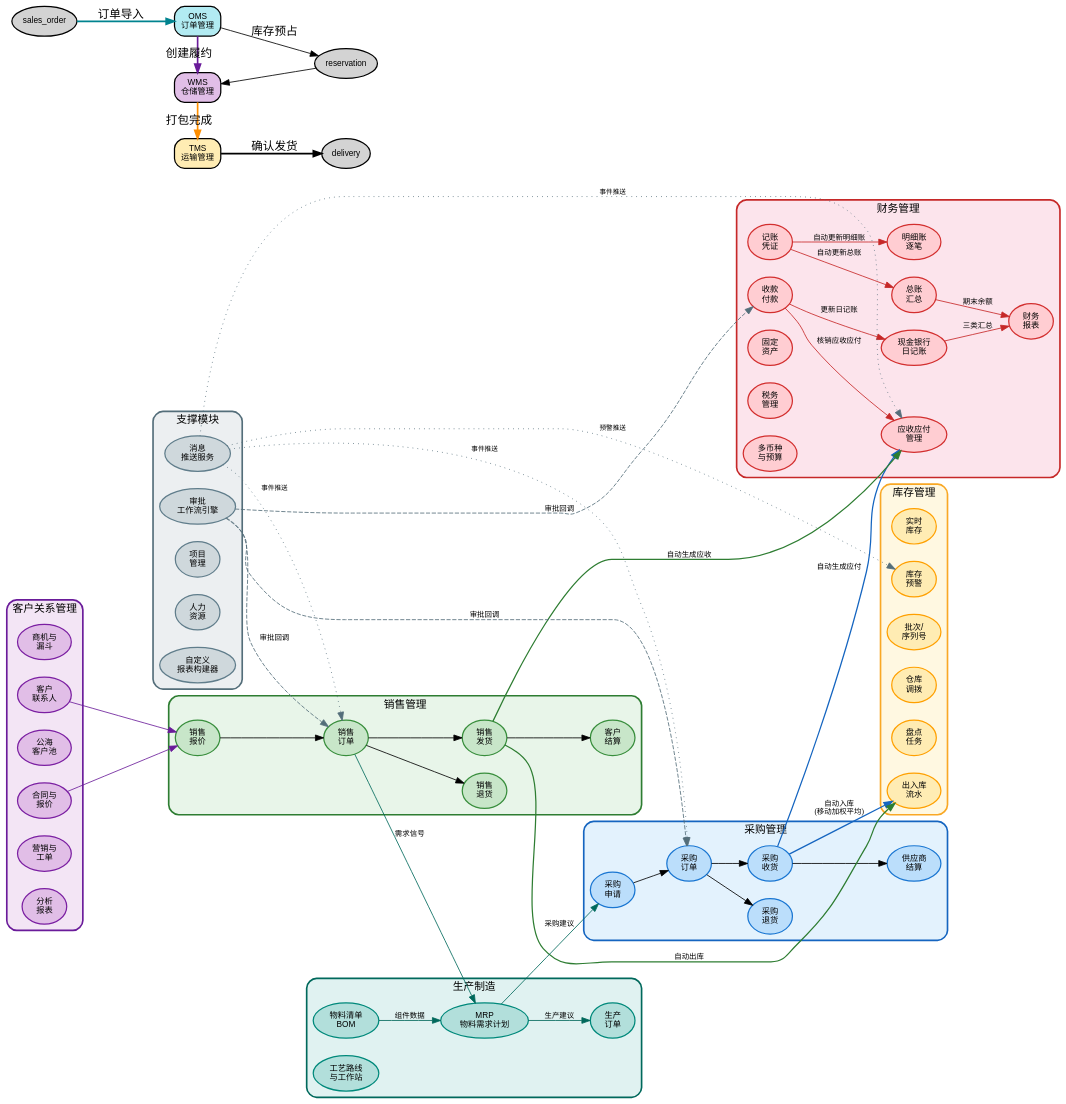
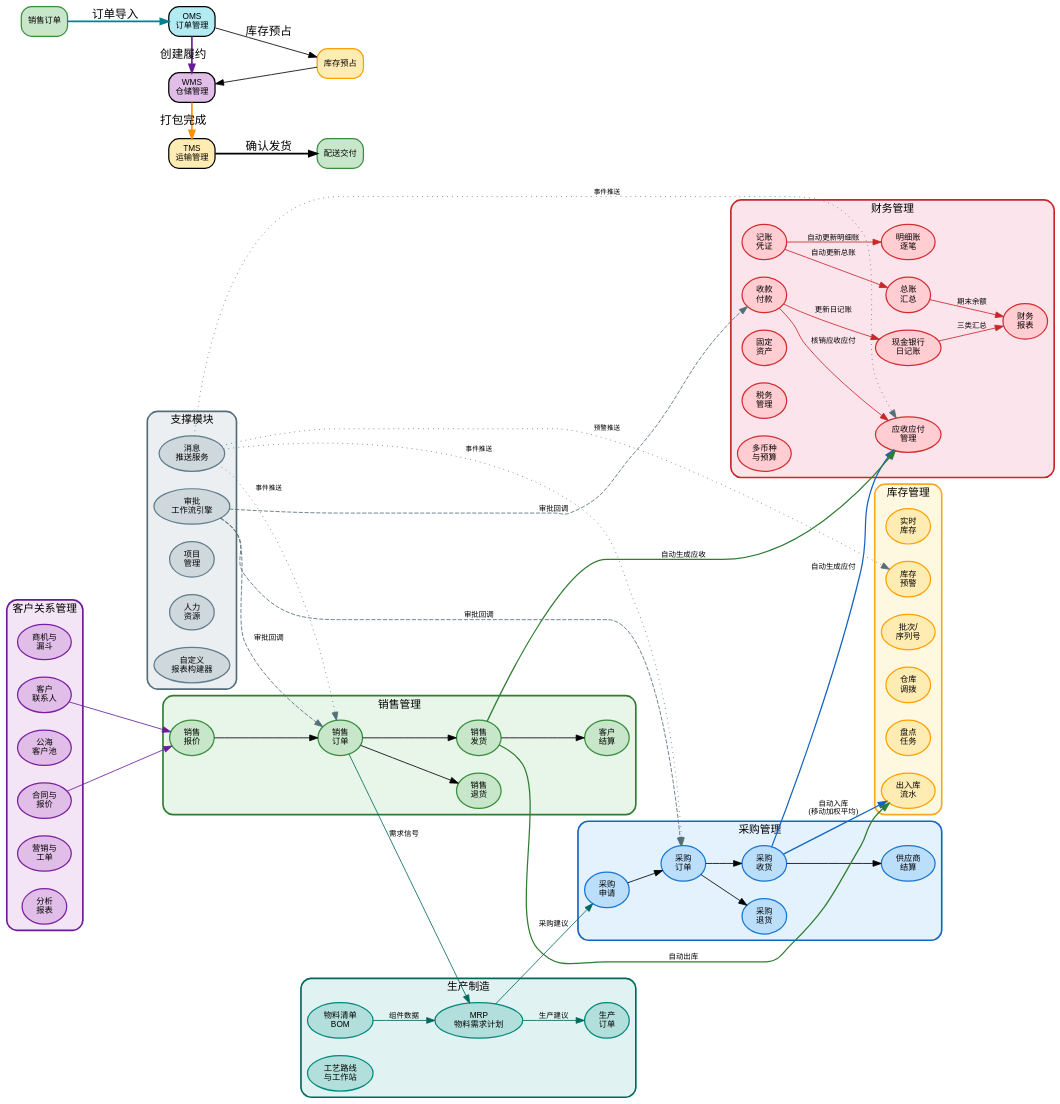
The diagram in docs/diagrams/business-flowchart-cn.dot (erikwang2013/erp-php), drawn with Graphviz before and after one commit. The commit also changed 88 other files, not shown here.

```diff
--- a/docs/diagrams/business-flowchart-cn.dot
+++ b/docs/diagrams/business-flowchart-cn.dot
@@ -1,135 +1,138 @@
 digraph BusinessFlowCN {
     rankdir=LR;
     fontname="Arial";
     fontsize=14;
     bgcolor="transparent";
     nodesep=0.3;
     ranksep=0.5;
     compound=true;
 
     node [fontname="Arial", fontsize=10, style="filled,rounded", penwidth=1.5];
 
     subgraph cluster_purchase {
         label="采购管理";
         fontsize=13; fontname="Arial Bold";
         style="filled,rounded"; fillcolor="#e3f2fd"; color="#1565c0"; penwidth=2;
         p1 [label="采购\n申请", fillcolor="#bbdefb", color="#1976d2"];
         p2 [label="采购\n订单", fillcolor="#bbdefb", color="#1976d2"];
         p3 [label="采购\n收货", fillcolor="#bbdefb", color="#1976d2"];
         p4 [label="采购\n退货", fillcolor="#bbdefb", color="#1976d2"];
         p5 [label="供应商\n结算", fillcolor="#bbdefb", color="#1976d2"];
         p1 -> p2 -> p3 -> p5; p2 -> p4;
     }
 
     subgraph cluster_sales {
         label="销售管理";
         fontsize=13; fontname="Arial Bold";
         style="filled,rounded"; fillcolor="#e8f5e9"; color="#2e7d32"; penwidth=2;
         sa1 [label="销售\n报价", fillcolor="#c8e6c9", color="#388e3c"];
         sa2 [label="销售\n订单", fillcolor="#c8e6c9", color="#388e3c"];
         sa3 [label="销售\n发货", fillcolor="#c8e6c9", color="#388e3c"];
         sa4 [label="销售\n退货", fillcolor="#c8e6c9", color="#388e3c"];
         sa5 [label="客户\n结算", fillcolor="#c8e6c9", color="#388e3c"];
         sa1 -> sa2 -> sa3 -> sa5; sa2 -> sa4;
     }
 
     subgraph cluster_inventory {
         label="库存管理";
         fontsize=13; fontname="Arial Bold";
         style="filled,rounded"; fillcolor="#fff8e1"; color="#f9a825"; penwidth=2;
         i1 [label="实时\n库存", fillcolor="#ffecb3", color="#ffa000"];
         i2 [label="出入库\n流水", fillcolor="#ffecb3", color="#ffa000"];
         i3 [label="批次/\n序列号", fillcolor="#ffecb3", color="#ffa000"];
         i4 [label="仓库\n调拨", fillcolor="#ffecb3", color="#ffa000"];
         i5 [label="盘点\n任务", fillcolor="#ffecb3", color="#ffa000"];
         i6 [label="库存\n预警", fillcolor="#ffecb3", color="#ffa000"];
     }
 
     subgraph cluster_finance {
         label="财务管理";
         fontsize=13; fontname="Arial Bold";
         style="filled,rounded"; fillcolor="#fce4ec"; color="#c62828"; penwidth=2;
         f1 [label="应收应付\n管理", fillcolor="#ffcdd2", color="#d32f2f"];
         f2 [label="记账\n凭证", fillcolor="#ffcdd2", color="#d32f2f"];
         f3 [label="收款\n付款", fillcolor="#ffcdd2", color="#d32f2f"];
         f4 [label="现金银行\n日记账", fillcolor="#ffcdd2", color="#d32f2f"];
         f5 [label="总账\n汇总", fillcolor="#ffcdd2", color="#d32f2f"];
         f6 [label="明细账\n逐笔", fillcolor="#ffcdd2", color="#d32f2f"];
         f7 [label="财务\n报表", fillcolor="#ffcdd2", color="#d32f2f"];
         f8 [label="固定\n资产", fillcolor="#ffcdd2", color="#d32f2f"];
         f9 [label="税务\n管理", fillcolor="#ffcdd2", color="#d32f2f"];
         fa [label="多币种\n与预算", fillcolor="#ffcdd2", color="#d32f2f"];
     }
 
     subgraph cluster_crm {
         label="客户关系管理";
         fontsize=13; fontname="Arial Bold";
         style="filled,rounded"; fillcolor="#f3e5f5"; color="#6a1b9a"; penwidth=2;
         crm1 [label="商机与\n漏斗", fillcolor="#e1bee7", color="#7b1fa2"];
         crm2 [label="客户\n联系人", fillcolor="#e1bee7", color="#7b1fa2"];
         crm3 [label="公海\n客户池", fillcolor="#e1bee7", color="#7b1fa2"];
         crm4 [label="合同与\n报价", fillcolor="#e1bee7", color="#7b1fa2"];
         crm5 [label="营销与\n工单", fillcolor="#e1bee7", color="#7b1fa2"];
         crm6 [label="分析\n报表", fillcolor="#e1bee7", color="#7b1fa2"];
     }
 
     subgraph cluster_mfg {
         label="生产制造";
         fontsize=13; fontname="Arial Bold";
         style="filled,rounded"; fillcolor="#e0f2f1"; color="#00695c"; penwidth=2;
         mf1 [label="物料清单\nBOM", fillcolor="#b2dfdb", color="#00897b"];
         mf2 [label="生产\n订单", fillcolor="#b2dfdb", color="#00897b"];
         mf3 [label="工艺路线\n与工作站", fillcolor="#b2dfdb", color="#00897b"];
         mf4 [label="MRP\n物料需求计划", fillcolor="#b2dfdb", color="#00897b"];
     }
 
     subgraph cluster_support {
         label="支撑模块";
         fontsize=13; fontname="Arial Bold";
         style="filled,rounded"; fillcolor="#eceff1"; color="#546e7a"; penwidth=2;
         sp1 [label="审批\n工作流引擎", fillcolor="#cfd8dc", color="#607d8b"];
         sp2 [label="消息\n推送服务", fillcolor="#cfd8dc", color="#607d8b"];
         sp3 [label="项目\n管理", fillcolor="#cfd8dc", color="#607d8b"];
         sp4 [label="人力\n资源", fillcolor="#cfd8dc", color="#607d8b"];
         sp5 [label="自定义\n报表构建器", fillcolor="#cfd8dc", color="#607d8b"];
     }
 
     p3 -> i2 [label=" 自动入库\n(移动加权平均)", color="#1565c0", fontsize=9, penwidth=1.5];
     p3 -> f1 [label=" 自动生成应付", color="#1565c0", fontsize=9, penwidth=1.5];
     sa3 -> i2 [label=" 自动出库", color="#2e7d32", fontsize=9, penwidth=1.5];
     sa3 -> f1 [label=" 自动生成应收", color="#2e7d32", fontsize=9, penwidth=1.5];
     f3 -> f1 [label=" 核销应收应付", color="#c62828", fontsize=9];
     f3 -> f4 [label=" 更新日记账", color="#c62828", fontsize=9];
     f2 -> f5 [label=" 自动更新总账", color="#c62828", fontsize=9];
     f2 -> f6 [label=" 自动更新明细账", color="#c62828", fontsize=9];
     f5 -> f7 [label=" 期末余额", color="#c62828", fontsize=9];
     f4 -> f7 [label=" 三类汇总", color="#c62828", fontsize=9];
 
     sa2 -> mf4 [label=" 需求信号", color="#00695c", fontsize=9];
     mf1 -> mf4 [label=" 组件数据", color="#00695c", fontsize=9];
     mf4 -> p1 [label=" 采购建议", color="#00695c", fontsize=9];
     mf4 -> mf2 [label=" 生产建议", color="#00695c", fontsize=9];
 
     crm2 -> sa1 [color="#6a1b9a", fontsize=9];
     crm4 -> sa1 [color="#6a1b9a", fontsize=9];
 
     sp1 -> p2 [label=" 审批回调", style="dashed", color="#546e7a", fontsize=9];
     sp1 -> sa2 [label=" 审批回调", style="dashed", color="#546e7a", fontsize=9];
     sp1 -> f3 [label=" 审批回调", style="dashed", color="#546e7a", fontsize=9];
 
     sp2 -> p2 [label=" 事件推送", style="dotted", color="#546e7a", fontsize=8];
     sp2 -> sa2 [label=" 事件推送", style="dotted", color="#546e7a", fontsize=8];
     sp2 -> i6 [label=" 预警推送", style="dotted", color="#546e7a", fontsize=8];
     sp2 -> f1 [label=" 事件推送", style="dotted", color="#546e7a", fontsize=8];
     // OMS/WMS/TMS data flow
     oms [label="OMS\n订单管理", shape="box", style="filled,rounded", fillcolor="#b2ebf2"];
     wms [label="WMS\n仓储管理", shape="box", style="filled,rounded", fillcolor="#e1bee7"];
     tms [label="TMS\n运输管理", shape="box", style="filled,rounded", fillcolor="#ffecb3"];
+    sales_order [label="销售订单", shape="box", style="filled,rounded", fillcolor="#c8e6c9", color="#388e3c"];
+    delivery [label="配送交付", shape="box", style="filled,rounded", fillcolor="#c8e6c9", color="#388e3c"];
+    reservation [label="库存预占", shape="box", style="filled,rounded", fillcolor="#ffecb3", color="#ffa000"];
     sales_order -> oms [label="订单导入", style="bold", color="#00838f"];
     oms -> wms [label="创建履约", style="bold", color="#6a1b9a"];
     wms -> tms [label="打包完成", style="bold", color="#ff8f00"];
     tms -> delivery [label="确认发货", style="bold"];
     oms -> reservation [label="库存预占"];
     reservation -> wms;
     {rank=same; oms; wms; tms;}
 }
```
